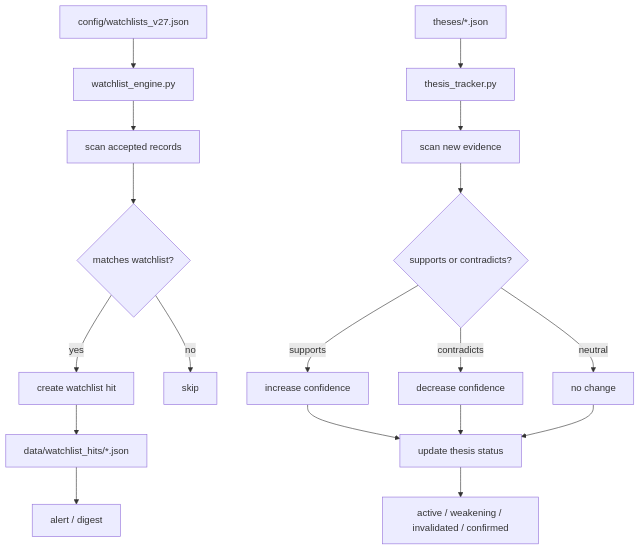
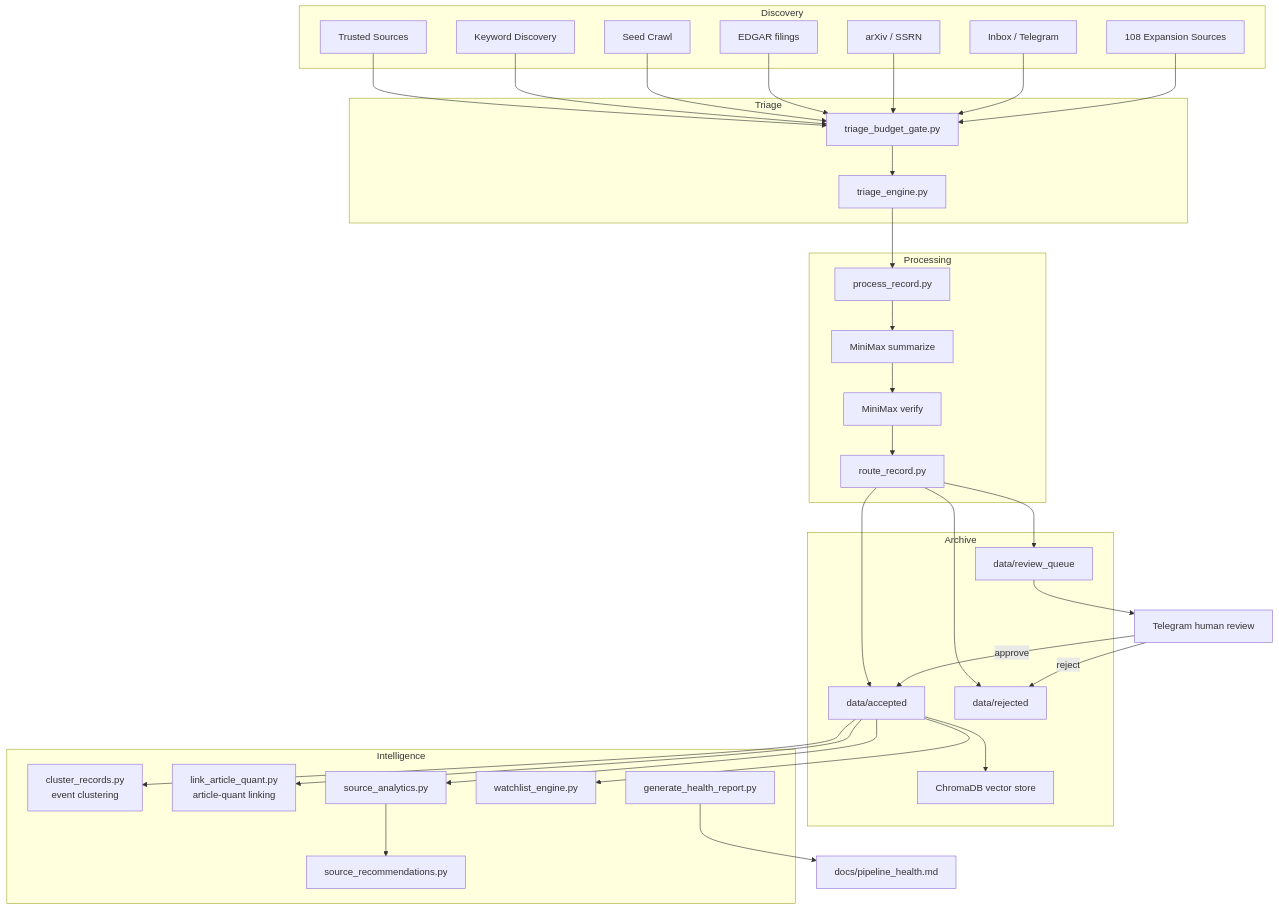
Diagram 12 of 16 in README.md (RishiJain905/Finance-Research-Archive), drawn with Mermaid before and after one commit. The commit also changed other lines of this file, not shown here.

First line of the commit message:
docs: update README for all 10 V3 phases complete with new mermaid diagrams

````diff
--- a/README.md
+++ b/README.md
@@ -588,21 +548,52 @@
 ```mermaid
 flowchart TD
-    A[config/watchlists_v27.json] --> B[watchlist_engine.py]
-    B --> C[scan accepted records]
-    C --> D{matches watchlist?}
-    D -->|yes| E[create watchlist hit]
-    D -->|no| F[skip]
-    
-    E --> G[data/watchlist_hits/*.json]
-    G --> H[alert / digest]
-    
-    I[theses/*.json] --> J[thesis_tracker.py]
-    J --> K[scan new evidence]
-    K --> L{supports or contradicts?}
-    L -->|supports| M[increase confidence]
-    L -->|contradicts| N[decrease confidence]
-    L -->|neutral| O[no change]
-    
-    M & N & O --> P[update thesis status]
-    P --> Q[active / weakening / invalidated / confirmed]
+    subgraph Discovery
+        A1[Trusted Sources]
+        A2[Keyword Discovery]
+        A3[Seed Crawl]
+        A4[EDGAR filings]
+        A5[arXiv / SSRN]
+        A6[Inbox / Telegram]
+        A7[108 Expansion Sources]
+    end
+
+    subgraph Triage
+        B1[triage_budget_gate.py]
+        B2[triage_engine.py]
+    end
+
+    subgraph Processing
+        C1[process_record.py]
+        C2[MiniMax summarize]
+        C3[MiniMax verify]
+        C4[route_record.py]
+    end
+
+    subgraph Archive
+        D1[data/accepted]
+        D2[data/review_queue]
+        D3[data/rejected]
+        D4[ChromaDB vector store]
+    end
+
+    subgraph Intelligence
+        E1[cluster_records.py<br/>event clustering]
+        E2[link_article_quant.py<br/>article-quant linking]
+        E3[source_analytics.py]
+        E4[source_recommendations.py]
+        E5[watchlist_engine.py]
+        E6[generate_health_report.py]
+    end
+
+    A1 & A2 & A3 & A4 & A5 & A6 & A7 --> B1
+    B1 --> B2 --> C1
+    C1 --> C2 --> C3 --> C4
+    C4 --> D1 & D2 & D3
+    D1 --> D4
+    D2 --> G[Telegram human review]
+    G -->|approve| D1
+    G -->|reject| D3
+    D1 --> E1 & E2 & E3 & E5
+    E3 --> E4
+    E6 --> F6[docs/pipeline_health.md]
 ```
````
